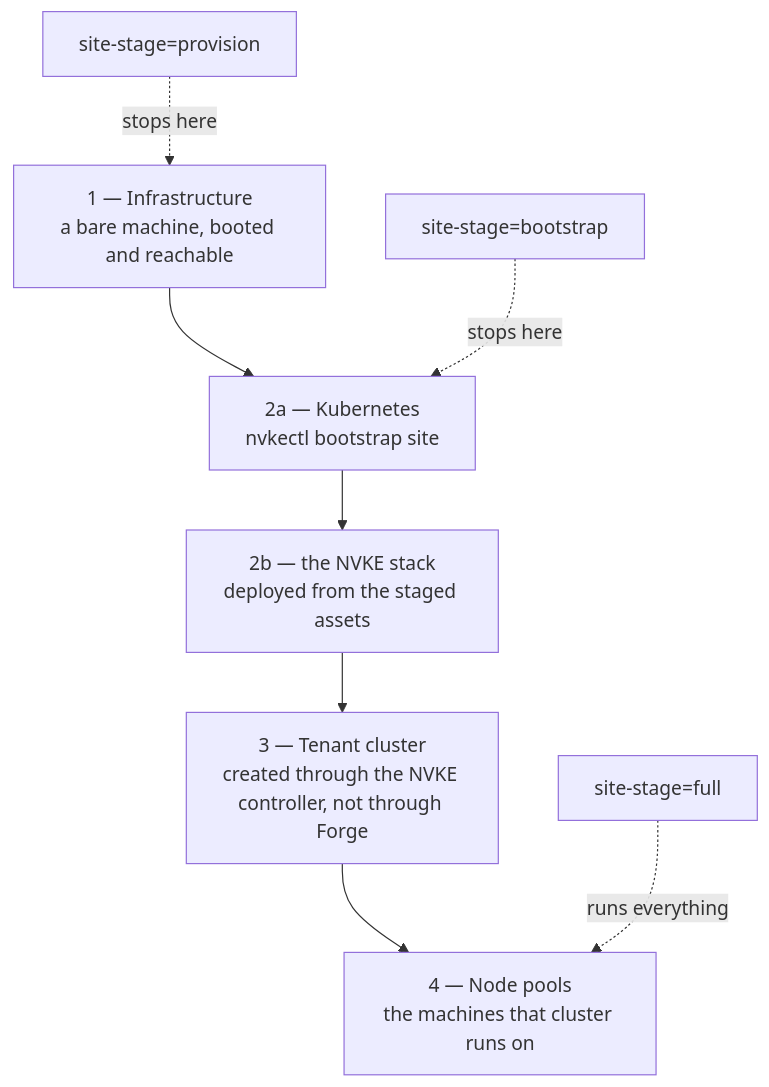
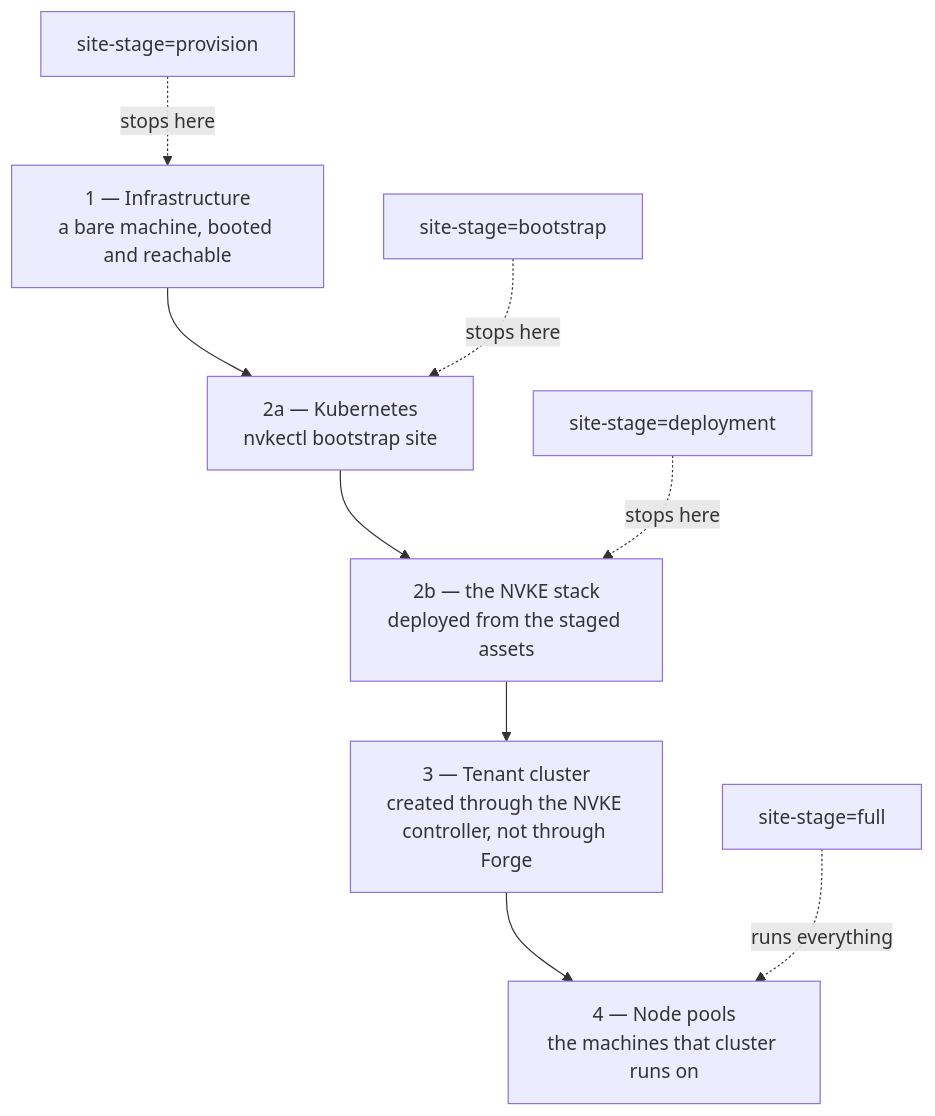
Before and after one commit to TerryHowe/nvke: the first of 5 diagrams in docs/qualification/hardware-lane.md, drawn with Mermaid. The commit also changed 20 other files, not shown here.

````diff
--- a/docs/qualification/hardware-lane.md
+++ b/docs/qualification/hardware-lane.md
@@ -49,14 +49,15 @@
 ```mermaid
 flowchart TB
     S1["1 — Infrastructure<br/>a bare machine, booted and reachable"]
     S2K["2a — Kubernetes<br/>nvkectl bootstrap site"]
     S2N["2b — the NVKE stack<br/>deployed from the staged assets"]
     S3["3 — Tenant cluster<br/>created through the NVKE controller, not through Forge"]
     S4["4 — Node pools<br/>the machines that cluster runs on"]
 
     S1 --> S2K --> S2N --> S3 --> S4
 
     P["site-stage=provision"] -.->|stops here| S1
     B["site-stage=bootstrap"] -.->|stops here| S2K
+    D["site-stage=deployment"] -.->|stops here| S2N
     F["site-stage=full"] -.->|runs everything| S4
 ```
````
